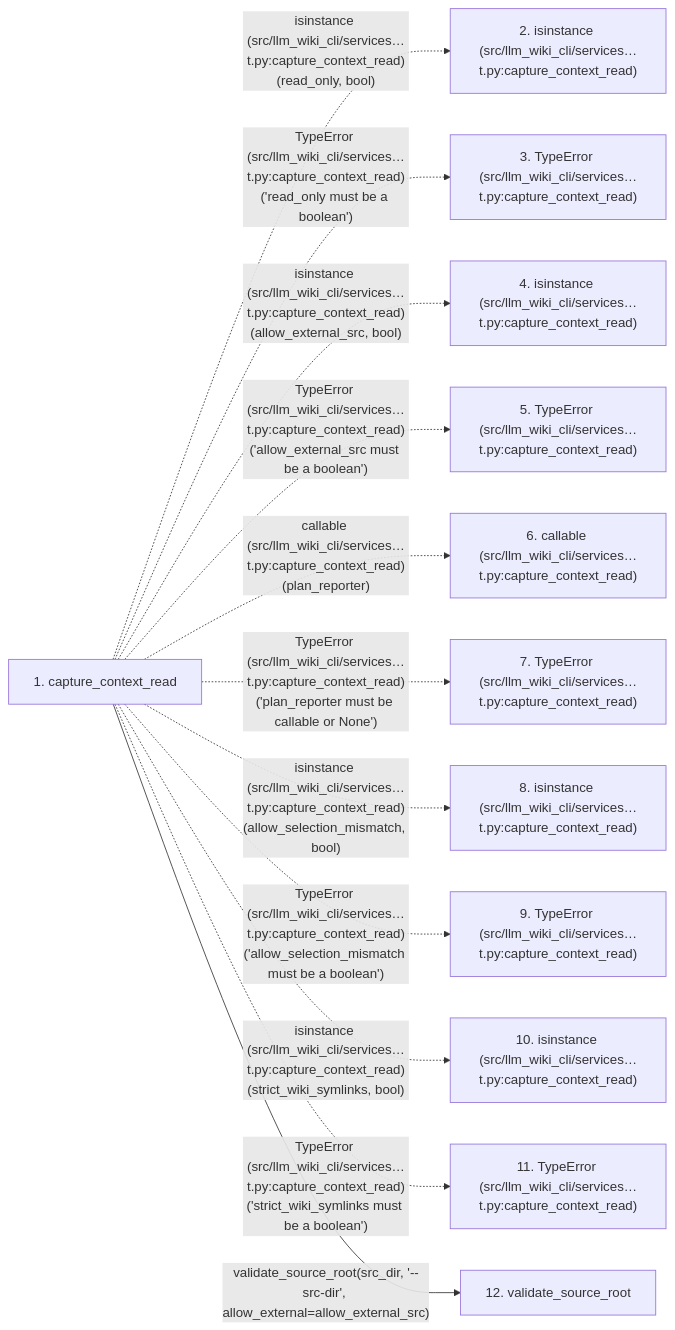
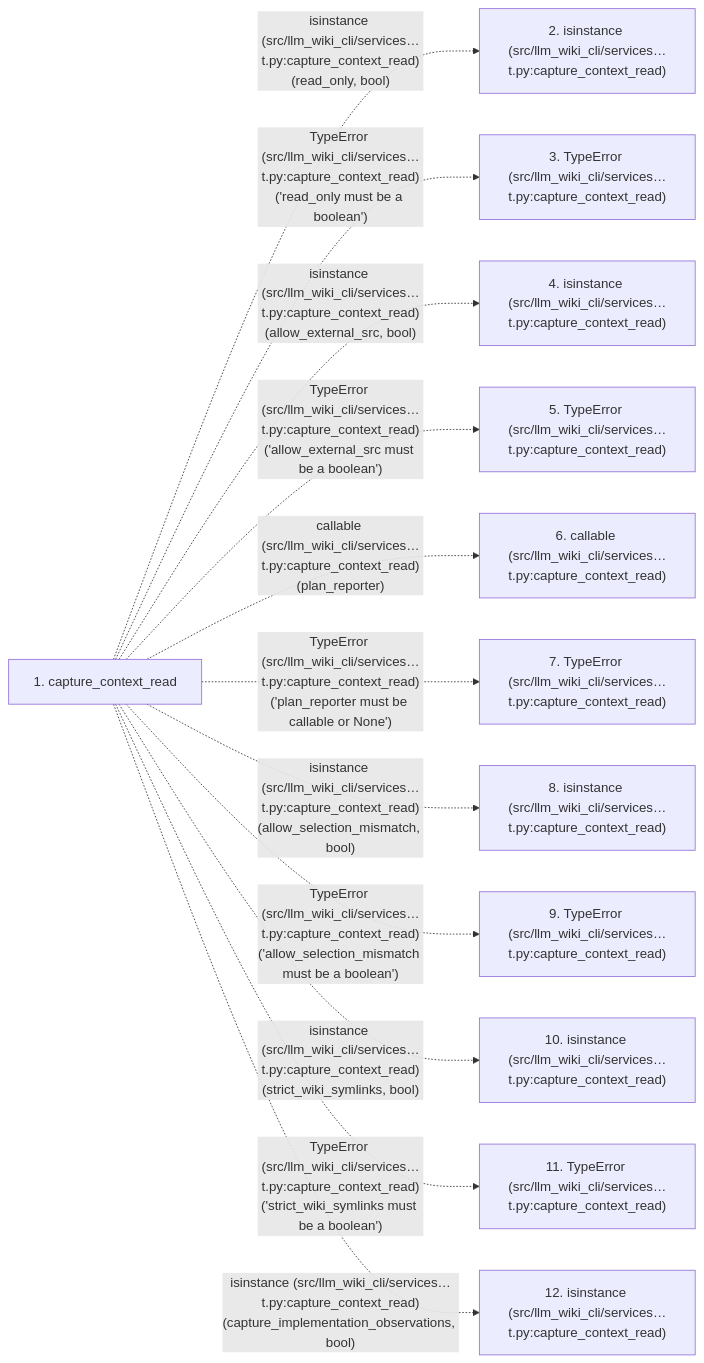
One commit to Denissvgn/python-wiki-llm changed the second of 2 diagrams in docs/llm_wiki/flows/api-capture_context_read.md. Above: the diagram before and after it, drawn with Mermaid. The commit also changed other lines of this file and 1410 other files, not shown here.

First line of the commit message:
Add source-grounded task guides and re-anchor the maintained wiki

````diff
--- a/docs/llm_wiki/flows/api-capture_context_read.md
+++ b/docs/llm_wiki/flows/api-capture_context_read.md
@@ -133,28 +153,27 @@
 ```mermaid
 flowchart LR
     s1["1. capture_context_read"]
     s2["2. isinstance (src/llm_wiki_cli/services…t.py:capture_context_read)"]
     s3["3. TypeError (src/llm_wiki_cli/services…t.py:capture_context_read)"]
     s4["4. isinstance (src/llm_wiki_cli/services…t.py:capture_context_read)"]
     s5["5. TypeError (src/llm_wiki_cli/services…t.py:capture_context_read)"]
     s6["6. callable (src/llm_wiki_cli/services…t.py:capture_context_read)"]
     s7["7. TypeError (src/llm_wiki_cli/services…t.py:capture_context_read)"]
     s8["8. isinstance (src/llm_wiki_cli/services…t.py:capture_context_read)"]
     s9["9. TypeError (src/llm_wiki_cli/services…t.py:capture_context_read)"]
     s10["10. isinstance (src/llm_wiki_cli/services…t.py:capture_context_read)"]
     s11["11. TypeError (src/llm_wiki_cli/services…t.py:capture_context_read)"]
-    s12["12. validate_source_root"]
+    s12["12. isinstance (src/llm_wiki_cli/services…t.py:capture_context_read)"]
     s1 -. "isinstance (src/llm_wiki_cli/services…t.py:capture_context_read)(read_only, bool)" .-> s2
     s1 -. "TypeError (src/llm_wiki_cli/services…t.py:capture_context_read)('read_only must be a boolean')" .-> s3
     s1 -. "isinstance (src/llm_wiki_cli/services…t.py:capture_context_read)(allow_external_src, bool)" .-> s4
     s1 -. "TypeError (src/llm_wiki_cli/services…t.py:capture_context_read)('allow_external_src must be a boolean')" .-> s5
     s1 -. "callable (src/llm_wiki_cli/services…t.py:capture_context_read)(plan_reporter)" .-> s6
     s1 -. "TypeError (src/llm_wiki_cli/services…t.py:capture_context_read)('plan_reporter must be callable or None')" .-> s7
     s1 -. "isinstance (src/llm_wiki_cli/services…t.py:capture_context_read)(allow_selection_mismatch, bool)" .-> s8
     s1 -. "TypeError (src/llm_wiki_cli/services…t.py:capture_context_read)('allow_selection_mismatch must be a boolean')" .-> s9
     s1 -. "isinstance (src/llm_wiki_cli/services…t.py:capture_context_read)(strict_wiki_symlinks, bool)" .-> s10
     s1 -. "TypeError (src/llm_wiki_cli/services…t.py:capture_context_read)('strict_wiki_symlinks must be a boolean')" .-> s11
-    s1 -->|"validate_source_root(src_dir, '--src-dir', allow_external=allow_external_src)"| s12
+    s1 -. "isinstance (src/llm_wiki_cli/services…t.py:capture_context_read)(capture_implementation_observations, bool)" .-> s12
     click s1 "../modules/context_packet.md"
-    click s12 "../modules/config.md"
 ```
````
